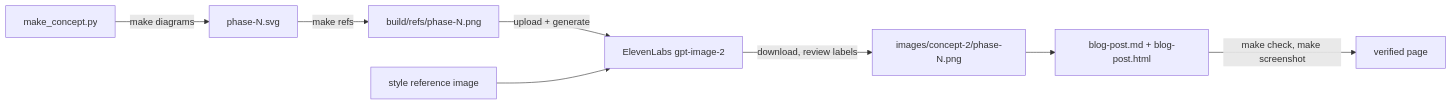
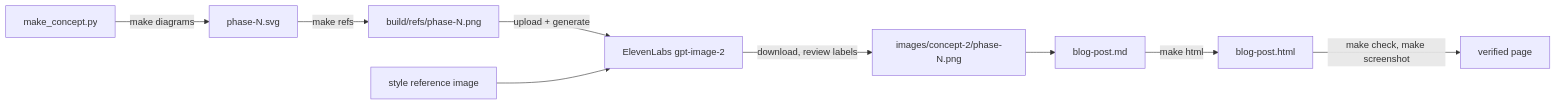
The diagram in cards/architecture.md (epatel/ai-phases), drawn with Mermaid before and after one commit. The commit also changed other lines of this file and 23 other files, not shown here.

````diff
--- a/cards/architecture.md
+++ b/cards/architecture.md
@@ -23,10 +24,11 @@
 ```mermaid
 flowchart LR
   A[make_concept.py] -->|make diagrams| B[phase-N.svg]
   B -->|make refs| C[build/refs/phase-N.png]
   C -->|upload + generate| D[ElevenLabs gpt-image-2]
   S[style reference image] --> D
   D -->|download, review labels| E[images/concept-2/phase-N.png]
-  E --> F[blog-post.md + blog-post.html]
-  F -->|make check, make screenshot| G[verified page]
+  E --> F[blog-post.md]
+  F -->|make html| H[blog-post.html]
+  H -->|make check, make screenshot| G[verified page]
 ```
````
